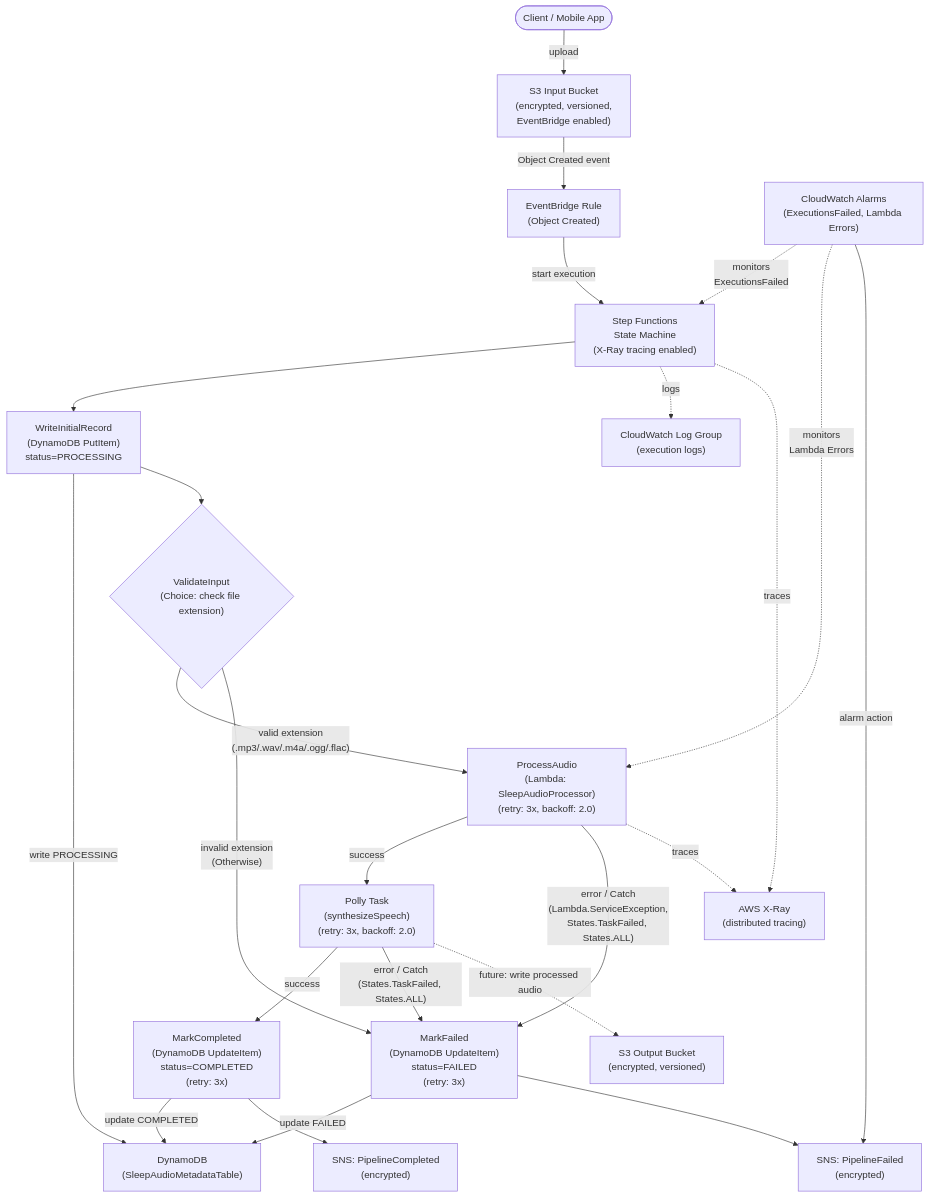
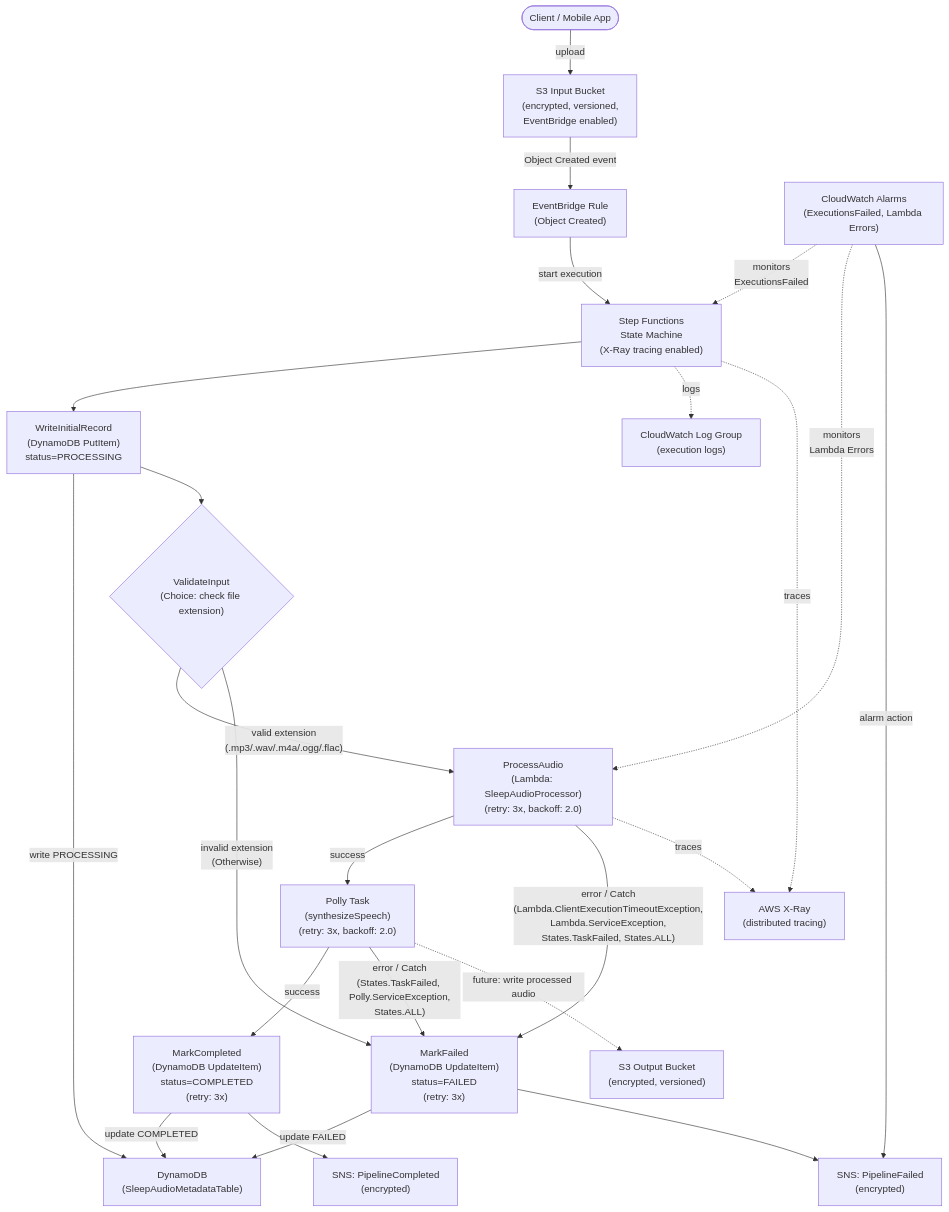
Before and after one commit to obstreperous-ai/cdk-sleep-go-kiro: the second of 4 diagrams in ARCHITECTURE.md, drawn with Mermaid. The commit also changed other lines of this file and 4 other files, not shown here.

````diff
--- a/ARCHITECTURE.md
+++ b/ARCHITECTURE.md
@@ -299,45 +299,45 @@
 ```mermaid
 flowchart TD
     Client([Client / Mobile App])
 
     S3In["S3 Input Bucket\n(encrypted, versioned,\nEventBridge enabled)"]
     EB["EventBridge Rule\n(Object Created)"]
     SFN["Step Functions\nState Machine\n(X-Ray tracing enabled)"]
     PutItem["WriteInitialRecord\n(DynamoDB PutItem)\nstatus=PROCESSING"]
     ValidateInput{"ValidateInput\n(Choice: check file extension)"}
     ProcessAudio["ProcessAudio\n(Lambda: SleepAudioProcessor)\n(retry: 3x, backoff: 2.0)"]
     Polly["Polly Task\n(synthesizeSpeech)\n(retry: 3x, backoff: 2.0)"]
     MarkCompleted["MarkCompleted\n(DynamoDB UpdateItem)\nstatus=COMPLETED\n(retry: 3x)"]
     MarkFailed["MarkFailed\n(DynamoDB UpdateItem)\nstatus=FAILED\n(retry: 3x)"]
     SNSOk["SNS: PipelineCompleted\n(encrypted)"]
     SNSErr["SNS: PipelineFailed\n(encrypted)"]
     DDB["DynamoDB\n(SleepAudioMetadataTable)"]
     CWLogs["CloudWatch Log Group\n(execution logs)"]
     CWAlarms["CloudWatch Alarms\n(ExecutionsFailed, Lambda Errors)"]
     XRay["AWS X-Ray\n(distributed tracing)"]
     S3Out["S3 Output Bucket\n(encrypted, versioned)"]
 
     Client -->|upload| S3In
     S3In -->|Object Created event| EB
     EB -->|start execution| SFN
     SFN --> PutItem
     PutItem -->|write PROCESSING| DDB
     PutItem --> ValidateInput
     ValidateInput -->|"valid extension\n(.mp3/.wav/.m4a/.ogg/.flac)"| ProcessAudio
     ValidateInput -->|"invalid extension\n(Otherwise)"| MarkFailed
     ProcessAudio -->|success| Polly
-    ProcessAudio -->|"error / Catch\n(Lambda.ServiceException,\nStates.TaskFailed, States.ALL)"| MarkFailed
+    ProcessAudio -->|"error / Catch\n(Lambda.ClientExecutionTimeoutException,\nLambda.ServiceException,\nStates.TaskFailed, States.ALL)"| MarkFailed
     Polly -->|success| MarkCompleted
-    Polly -->|"error / Catch\n(States.TaskFailed, States.ALL)"| MarkFailed
+    Polly -->|"error / Catch\n(States.TaskFailed, Polly.ServiceException,\nStates.ALL)"| MarkFailed
     MarkCompleted -->|update COMPLETED| DDB
     MarkCompleted --> SNSOk
     MarkFailed -->|update FAILED| DDB
     MarkFailed --> SNSErr
     SFN -. logs .-> CWLogs
     CWAlarms -. "monitors\nExecutionsFailed" .-> SFN
     CWAlarms -. "monitors\nLambda Errors" .-> ProcessAudio
     CWAlarms -->|alarm action| SNSErr
     SFN -. traces .-> XRay
     ProcessAudio -. traces .-> XRay
     Polly -.->|future: write processed audio| S3Out
 ```
````
